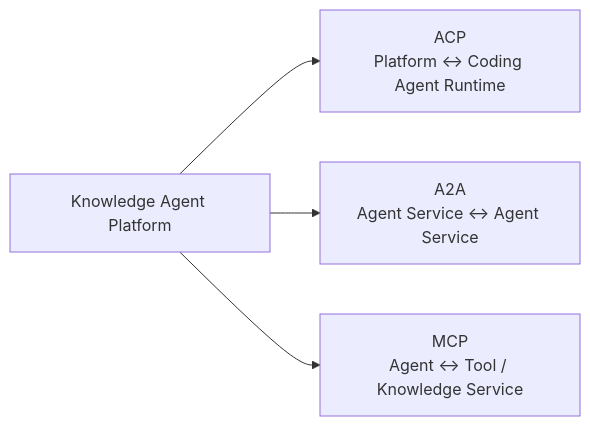
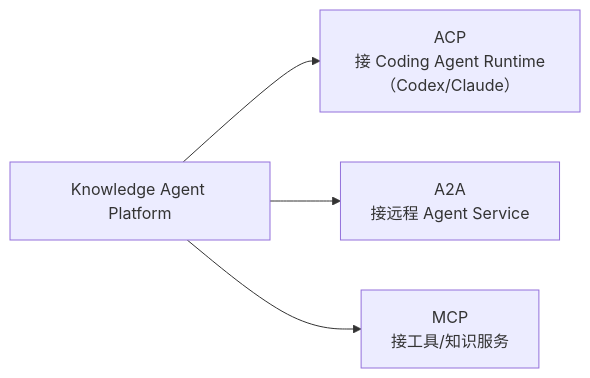
One commit to linlisWorkTeam/wpKnowledge changed the second of 2 diagrams in knowledge/2.wiki/多agent选型/03-Agent-Platform架构设计.md. Above: the diagram before and after it, drawn with Mermaid. The commit also changed other lines of this file and 1 other file, not shown here.

First line of the commit message:
docs: 02/03 重写为"对照架构图"展开（解决看不懂问题）

````diff
--- a/knowledge/2.wiki/多agent选型/03-Agent-Platform架构设计.md
+++ b/knowledge/2.wiki/多agent选型/03-Agent-Platform架构设计.md
@@ -221,11 +233,7 @@
 ```mermaid
 flowchart LR
     PLAT["Knowledge Agent Platform"]
-    ACP["ACP<br/>Platform ↔ Coding Agent Runtime"]
-    A2A["A2A<br/>Agent Service ↔ Agent Service"]
-    MCP["MCP<br/>Agent ↔ Tool / Knowledge Service"]
-
-    PLAT --> ACP
-    PLAT --> A2A
-    PLAT --> MCP
+    PLAT --> ACP["ACP<br/>接 Coding Agent Runtime（Codex/Claude）"]
+    PLAT --> A2A["A2A<br/>接远程 Agent Service"]
+    PLAT --> MCP["MCP<br/>接工具/知识服务"]
 ```
````
